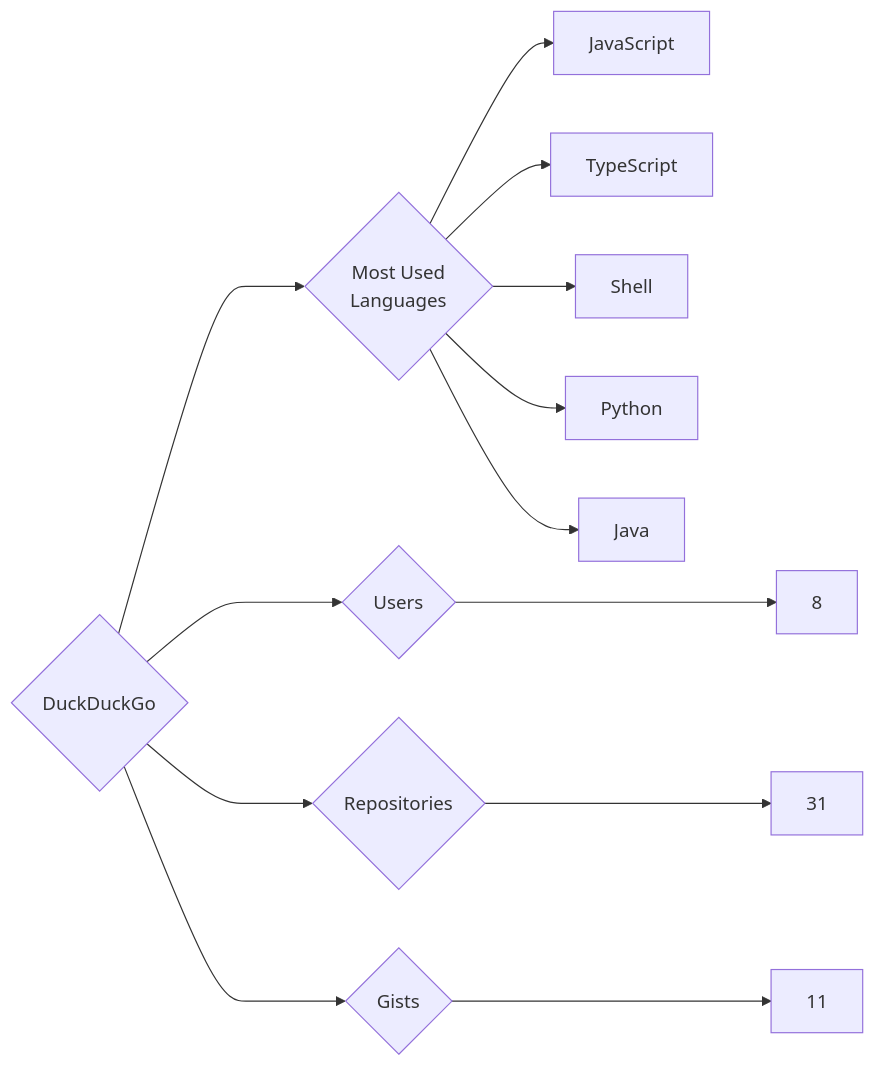
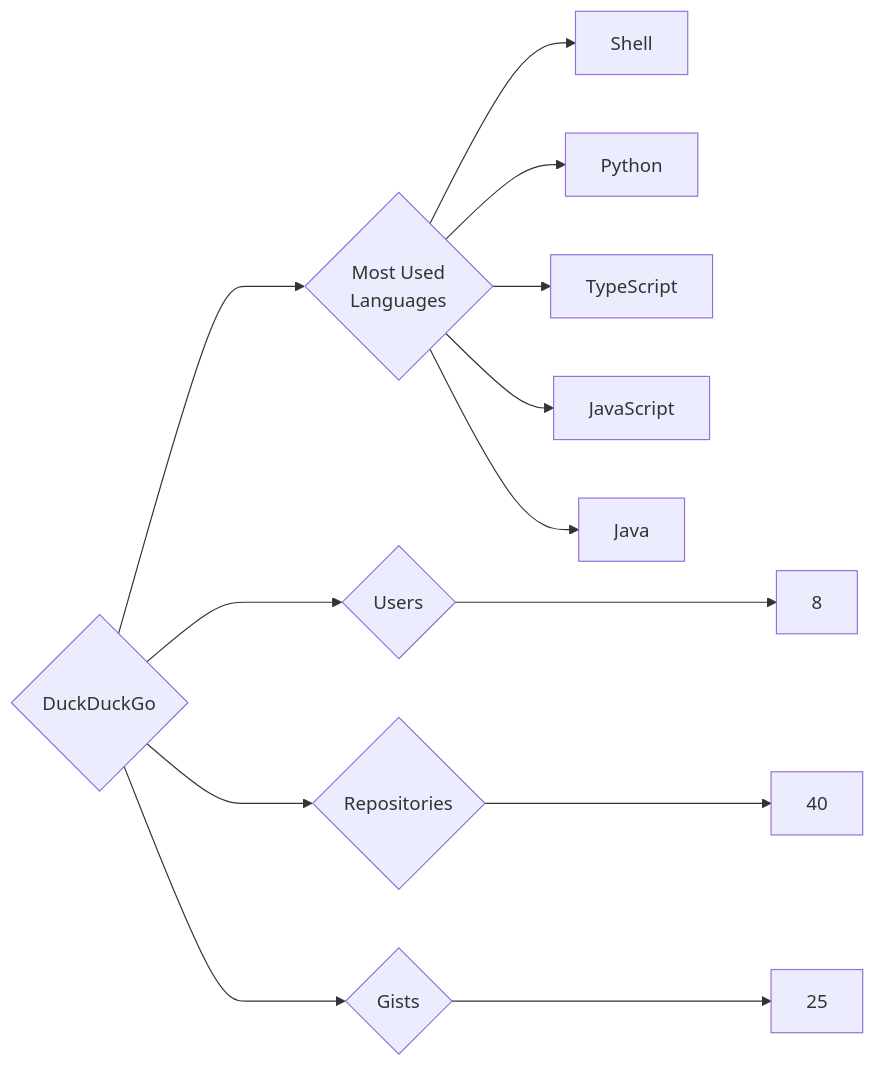
Before and after one commit to trickest/insiders: the diagram in targets/DuckDuckGo/README.md, drawn with Mermaid. The commit also changed 1088 other files, not shown here.

````diff
--- a/targets/DuckDuckGo/README.md
+++ b/targets/DuckDuckGo/README.md
@@ -3,13 +3,13 @@
 ```mermaid
 graph LR
 COMPANY_NAME{DuckDuckGo}
 COMPANY_NAME ---> U{Users} ---> UN[8]
-COMPANY_NAME ---> R{Repositories} ---> RN[31]
-COMPANY_NAME ---> G{Gists} ---> GN[11]
+COMPANY_NAME ---> R{Repositories} ---> RN[40]
+COMPANY_NAME ---> G{Gists} ---> GN[25]
 COMPANY_NAME ---> ML{Most Used<br>Languages}
-ML --> JavaScript[JavaScript]
-ML --> TypeScript[TypeScript]
 ML --> Shell[Shell]
 ML --> Python[Python]
+ML --> TypeScript[TypeScript]
+ML --> JavaScript[JavaScript]
 ML --> Java[Java]
 ```
````
